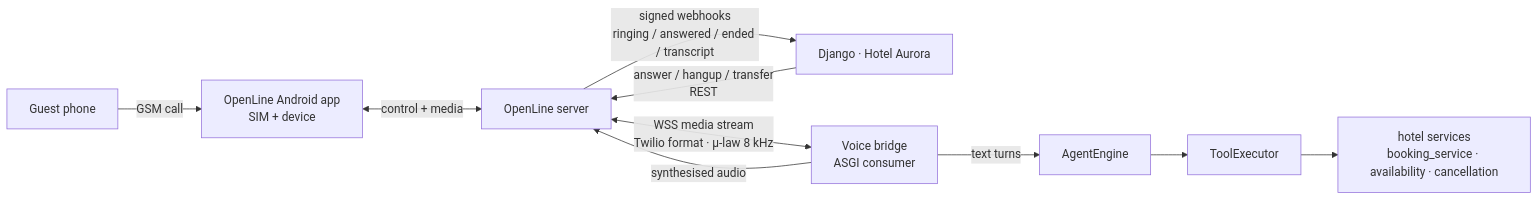
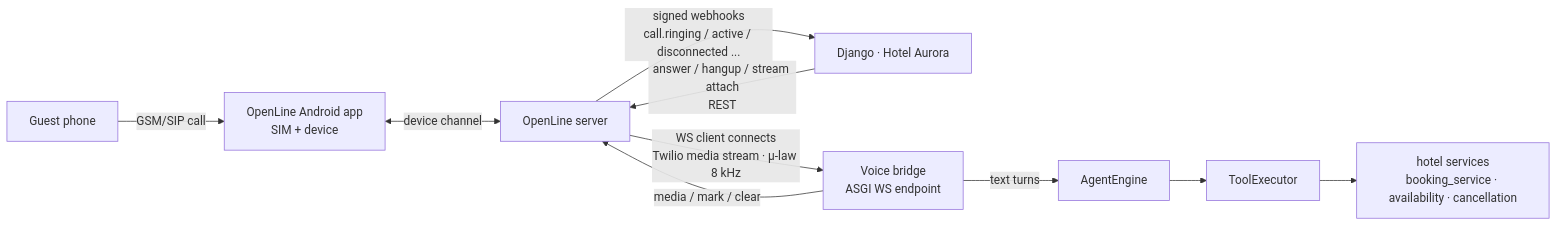
One commit to michalfrackowiak/hotel-ai-alpha changed the diagram in docs/OPENLINE_VOICE_ROADMAP.md. Above: the diagram before and after it, drawn with Mermaid. The commit also changed other lines of this file and 47 other files, not shown here.

First line of the commit message:
Implement OpenLine phone voice bridge with review hardening

````diff
--- a/docs/OPENLINE_VOICE_ROADMAP.md
+++ b/docs/OPENLINE_VOICE_ROADMAP.md
@@ -53,12 +67,12 @@
 ```mermaid
 flowchart LR
-    P[Guest phone] -->|GSM call| A[OpenLine Android app<br/>SIM + device]
-    A <-->|control + media| S[OpenLine server]
-    S -->|signed webhooks<br/>ringing / answered / ended / transcript| D[Django · Hotel Aurora]
-    S <-->|WSS media stream<br/>Twilio format · µ-law 8 kHz| B[Voice bridge<br/>ASGI consumer]
+    P[Guest phone] -->|GSM/SIP call| A[OpenLine Android app<br/>SIM + device]
+    A <-->|device channel| S[OpenLine server]
+    S -->|signed webhooks<br/>call.ringing / active / disconnected ...| D[Django · Hotel Aurora]
+    S -->|WS client connects<br/>Twilio media stream · µ-law 8 kHz| B[Voice bridge<br/>ASGI WS endpoint]
     B -->|text turns| E[AgentEngine]
     E --> T[ToolExecutor]
     T --> H[hotel services<br/>booking_service · availability · cancellation]
-    D -->|answer / hangup / transfer<br/>REST| S
-    B -->|synthesised audio| S
+    D -->|answer / hangup / stream attach<br/>REST| S
+    B -->|media / mark / clear| S
 ```
````
